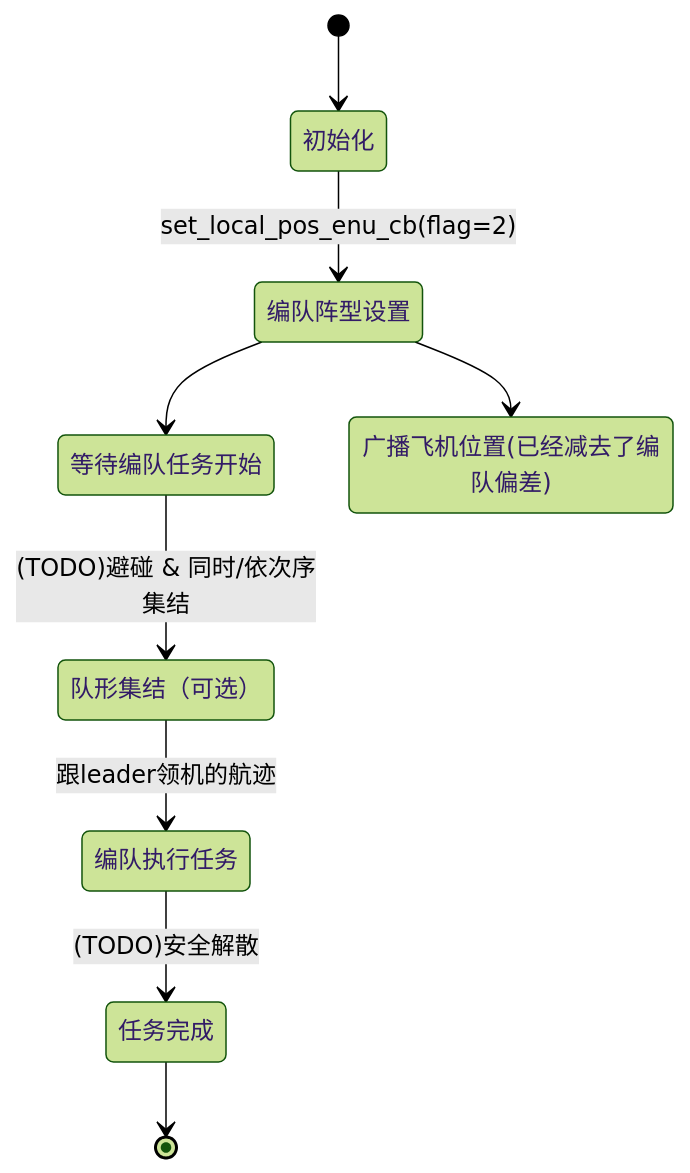
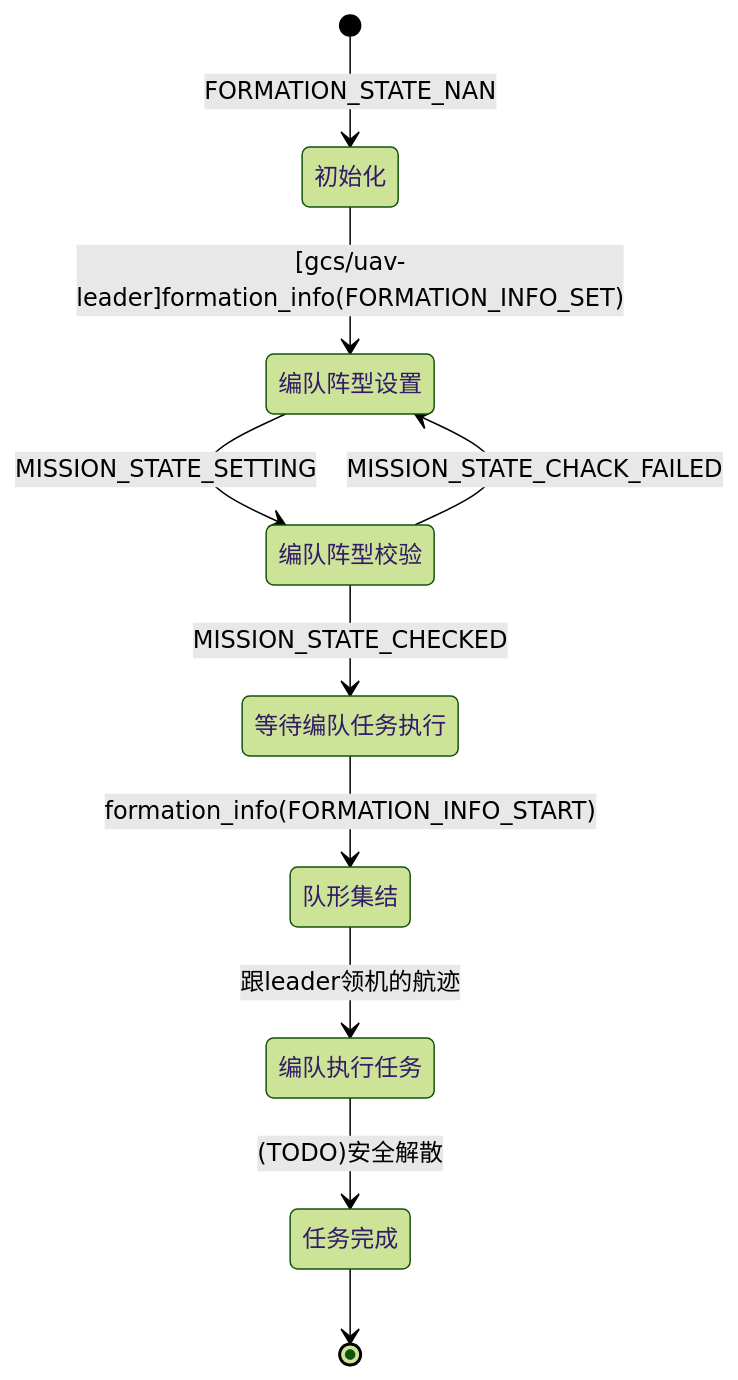
One commit to BearBoy233/cluster changed the first of 2 diagrams in mavmission/doc/formation.md. Above: the diagram before and after it, drawn with Mermaid (forest theme). The commit also changed other lines of this file and 19 other files, not shown here.

````diff
--- a/mavmission/doc/formation.md
+++ b/mavmission/doc/formation.md
@@ -46,21 +45,23 @@
 ```Mermaid
 
 stateDiagram-v2
 
-[*] --> 初始化 : 
+[*] --> 初始化 : FORMATION_STATE_NAN
 
-初始化 --> 编队阵型设置 : set_local_pos_enu_cb(flag=2)
+初始化 --> 编队阵型设置 : [gcs/uav-leader]formation_info(FORMATION_INFO_SET)
 
-编队阵型设置 --> 等待编队任务开始 : 
+编队阵型设置 --> 编队阵型校验 : MISSION_STATE_SETTING
 
-编队阵型设置 --> 广播飞机位置(已经减去了编队偏差) : 
+编队阵型校验 --> 编队阵型设置 : MISSION_STATE_CHACK_FAILED
 
-等待编队任务开始 --> 队形集结（可选） : (TODO)避碰 & 同时/依次序集结 
+编队阵型校验 --> 等待编队任务执行 : MISSION_STATE_CHECKED
 
-队形集结（可选） --> 编队执行任务 : 跟leader领机的航迹
+等待编队任务执行 --> 队形集结 : formation_info(FORMATION_INFO_START)
+
+队形集结 --> 编队执行任务 : 跟leader领机的航迹
 
 编队执行任务 --> 任务完成 : (TODO)安全解散
 
 任务完成 --> [*]
 
 ```
````
